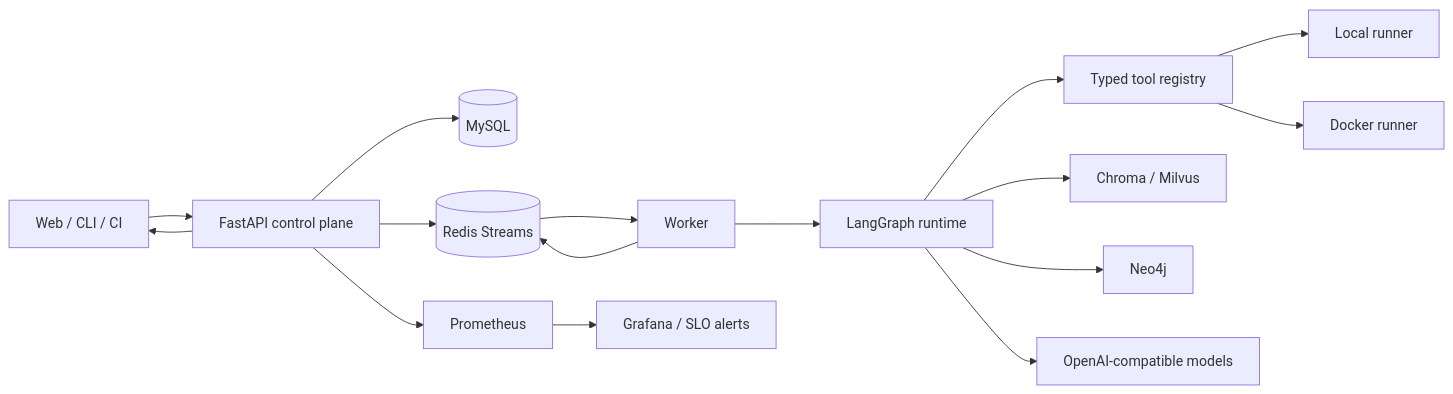
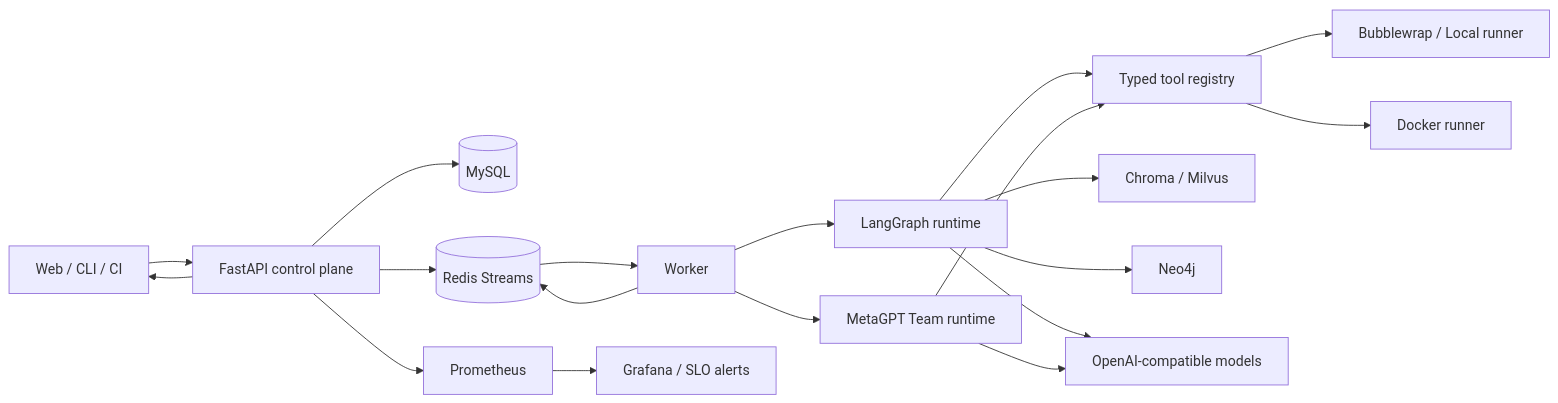
The first of 2 diagrams in docs/ARCHITECTURE.md (whitecathu/zhixiao-agent), drawn with Mermaid before and after one commit. The commit also changed other lines of this file and 111 other files, not shown here.

````diff
--- a/docs/ARCHITECTURE.md
+++ b/docs/ARCHITECTURE.md
@@ -5,18 +5,21 @@
 ```mermaid
 flowchart LR
   U["Web / CLI / CI"] --> A["FastAPI control plane"]
   A --> DB[(MySQL)]
   A --> R[(Redis Streams)]
   R --> W["Worker"]
   W --> G["LangGraph runtime"]
+  W --> MG["MetaGPT Team runtime"]
   G --> T["Typed tool registry"]
-  T --> L["Local runner"]
+  MG --> T
+  T --> L["Bubblewrap / Local runner"]
   T --> D["Docker runner"]
   G --> V["Chroma / Milvus"]
   G --> N["Neo4j"]
   G --> M["OpenAI-compatible models"]
+  MG --> M
   A --> P["Prometheus"]
   P --> F["Grafana / SLO alerts"]
   W --> R
   A --> U
 ```
````
